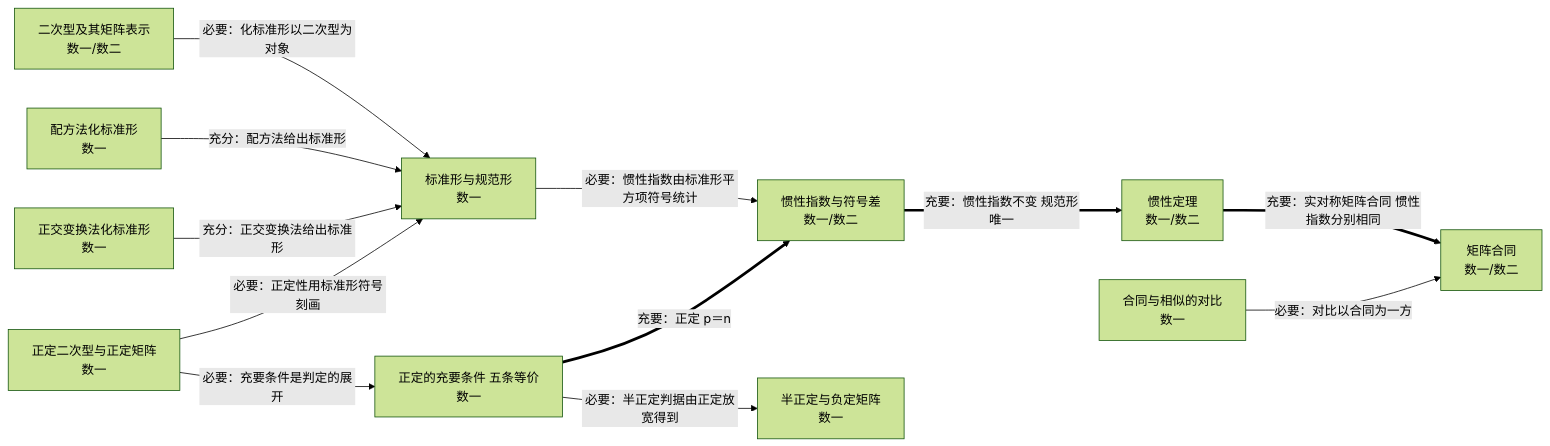
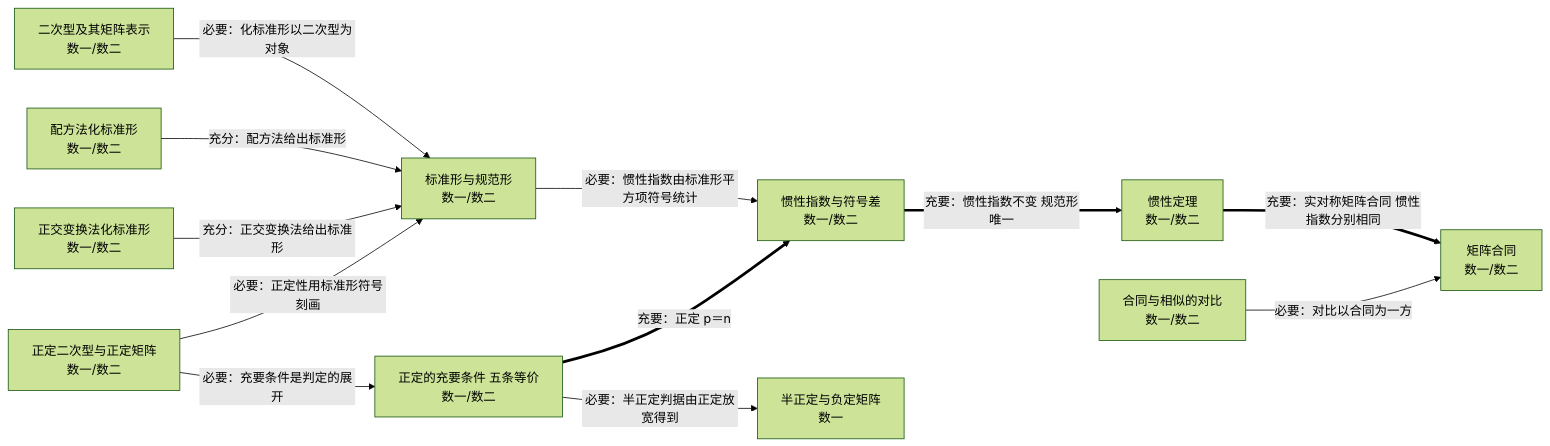
Before and after one commit to Zenkuetu/kaoyan-linear-algebra: the diagram in 线代知识网/章节/第六章 二次型.md, drawn with Mermaid (forest theme). The commit also changed other lines of this file and 40 other files, not shown here.

````diff
--- a/线代知识网/章节/第六章 二次型.md
+++ b/线代知识网/章节/第六章 二次型.md
@@ -23,26 +23,26 @@
 ```mermaid
 graph LR
   %% 线型：==>充要  -->充分/必要(箭头方向即条件强弱)  -.->无关  ---概念关联
   K83["二次型及其矩阵表示<br/>数一/数二"]
-  K84["标准形与规范形<br/>数一"]
-  K85["配方法化标准形<br/>数一"]
-  K86["正交变换法化标准形<br/>数一"]
+  K84["标准形与规范形<br/>数一/数二"]
+  K85["配方法化标准形<br/>数一/数二"]
+  K86["正交变换法化标准形<br/>数一/数二"]
   K87["惯性指数与符号差<br/>数一/数二"]
   K88["惯性定理<br/>数一/数二"]
   K89["矩阵合同<br/>数一/数二"]
-  K90["合同与相似的对比<br/>数一"]
-  K91["正定二次型与正定矩阵<br/>数一"]
-  K92["正定的充要条件 五条等价<br/>数一"]
+  K90["合同与相似的对比<br/>数一/数二"]
+  K91["正定二次型与正定矩阵<br/>数一/数二"]
+  K92["正定的充要条件 五条等价<br/>数一/数二"]
   K93["半正定与负定矩阵<br/>数一"]
   K83 -->|必要：化标准形以二次型为对象| K84
   K85 -->|充分：配方法给出标准形| K84
   K86 -->|充分：正交变换法给出标准形| K84
   K84 -->|必要：惯性指数由标准形平方项符号统计| K87
   K87 ==>|充要：惯性指数不变 规范形唯一| K88
   K88 ==>|充要：实对称矩阵合同 惯性指数分别相同| K89
   K90 -->|必要：对比以合同为一方| K89
   K91 -->|必要：正定性用标准形符号刻画| K84
   K91 -->|必要：充要条件是判定的展开| K92
   K92 ==>|充要：正定 p＝n| K87
   K92 -->|必要：半正定判据由正定放宽得到| K93
 ```
````
